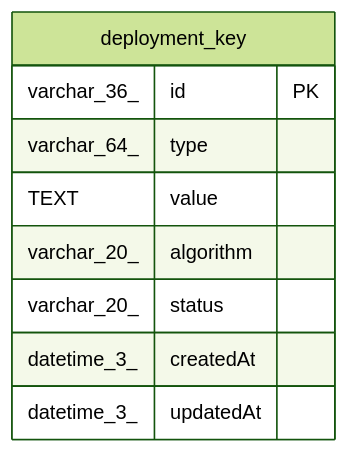
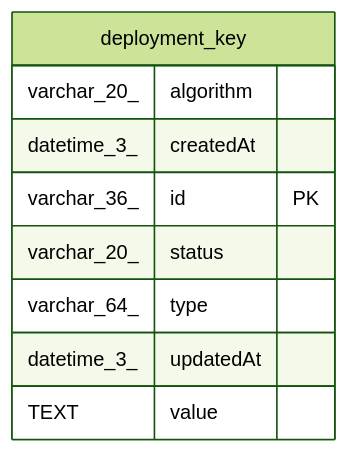
One commit to mayankjain1815-commits/n8n changed the diagram in docs/generated/sqlite-schema/deployment_key.md. Above: the diagram before and after it, drawn with Mermaid (forest theme). The commit also changed other lines of this file and 221 other files, not shown here.

Commit message:
chore(core): Make DB schema docs generation deterministic (#32373)

````diff
--- a/docs/generated/sqlite-schema/deployment_key.md
+++ b/docs/generated/sqlite-schema/deployment_key.md
@@ -47,14 +47,14 @@
 ```mermaid
 erDiagram
 
 
 "deployment_key" {
+  varchar_20_ algorithm
+  datetime_3_ createdAt
   varchar_36_ id PK
+  varchar_20_ status
   varchar_64_ type
+  datetime_3_ updatedAt
   TEXT value
-  varchar_20_ algorithm
-  varchar_20_ status
-  datetime_3_ createdAt
-  datetime_3_ updatedAt
 }
 ```
````
